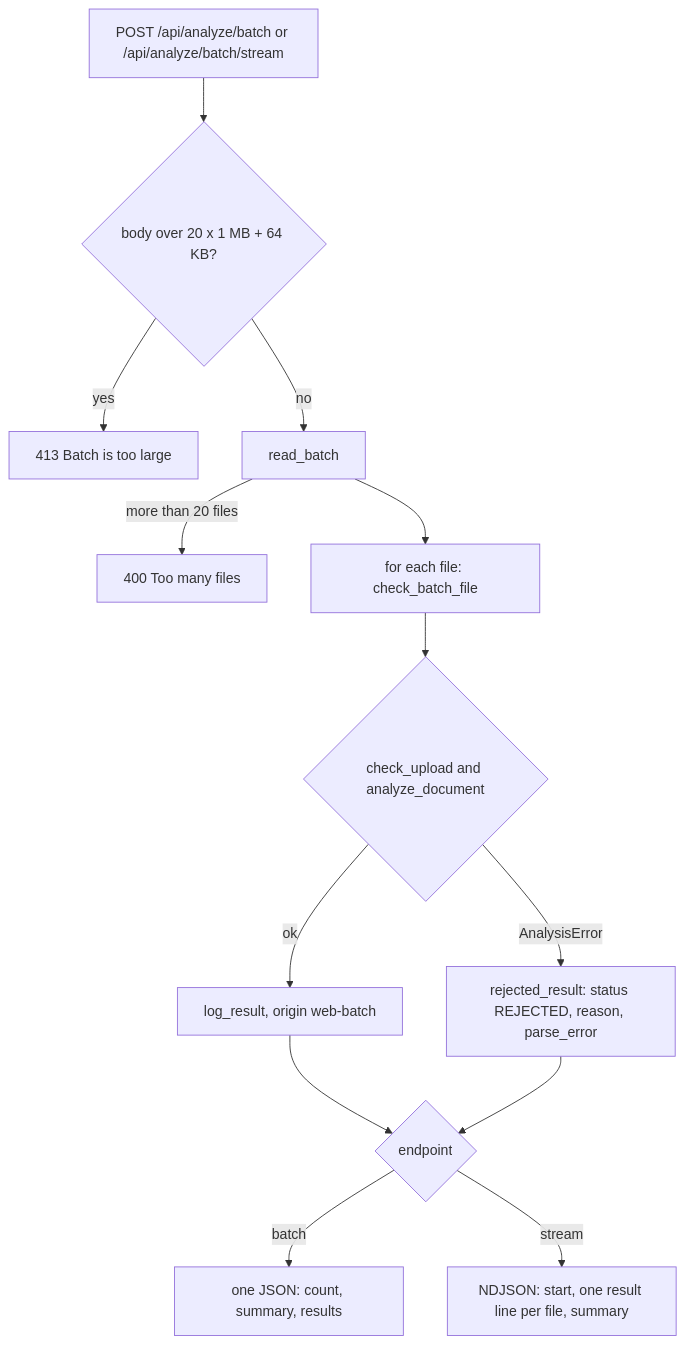
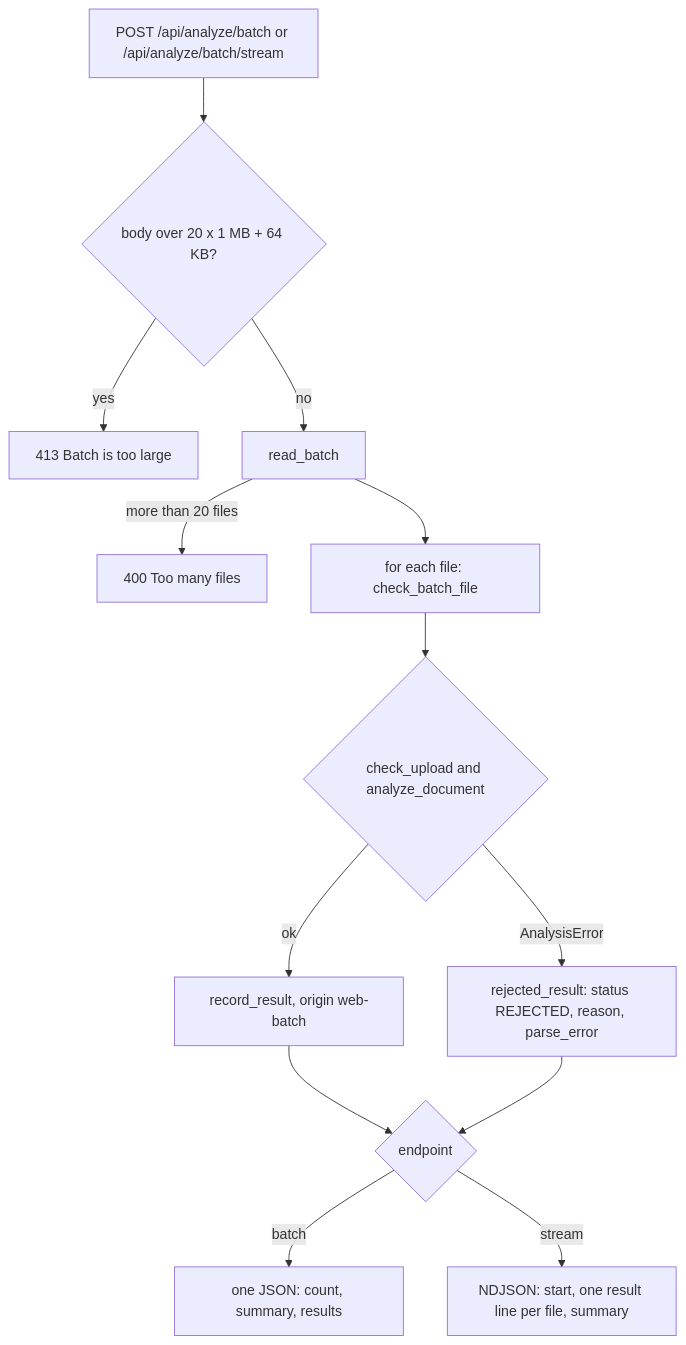
One commit to vishnuatgit/SupplyTrace changed diagram 12 of 13 in docs/process-flows.md. Above: the diagram before and after it, drawn with Mermaid. The commit also changed other lines of this file and 9 other files, not shown here.

````diff
--- a/docs/process-flows.md
+++ b/docs/process-flows.md
@@ -382,15 +383,15 @@
 ```mermaid
 flowchart TD
     Q[POST /api/analyze/batch or /api/analyze/batch/stream] --> MW{body over 20 x 1 MB + 64 KB?}
     MW -- yes --> E413[413 Batch is too large]
     MW -- no --> RB[read_batch]
     RB -- more than 20 files --> E400[400 Too many files]
     RB --> L[for each file: check_batch_file]
     L --> CU{check_upload and analyze_document}
     CU -- AnalysisError --> RJ[rejected_result: status REJECTED, reason, parse_error]
-    CU -- ok --> AL[log_result, origin web-batch]
+    CU -- ok --> AL[record_result, origin web-batch]
     AL --> OUT{endpoint}
     RJ --> OUT
     OUT -- batch --> J[one JSON: count, summary, results]
     OUT -- stream --> N[NDJSON: start, one result line per file, summary]
 ```
````
